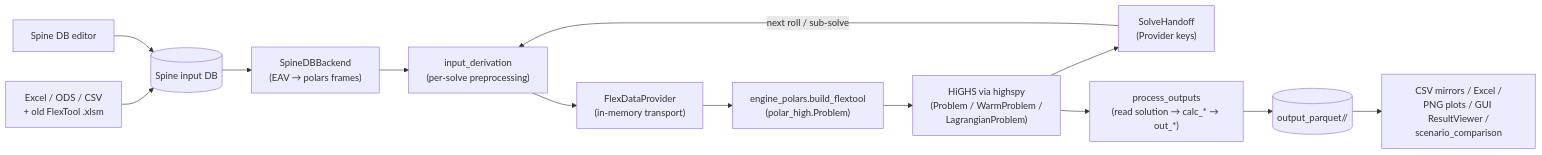
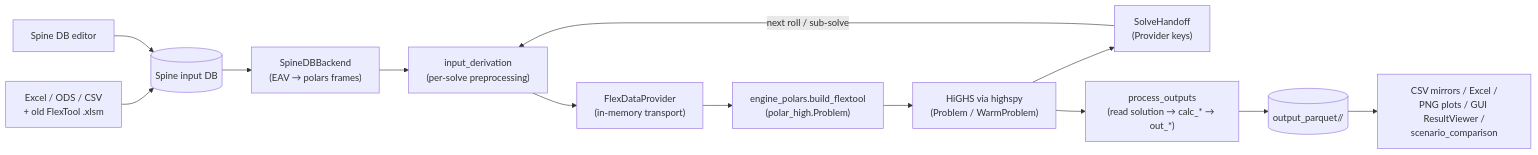
Before and after one commit to irena-flextool/flextool: the first of 2 diagrams in docs/dev/architecture.md, drawn with Mermaid. The commit also changed other lines of this file and 13 other files, not shown here.

````diff
--- a/docs/dev/architecture.md
+++ b/docs/dev/architecture.md
@@ -17,15 +17,15 @@
 ```mermaid
 flowchart LR
   excel["Excel / ODS / CSV<br/>+ old FlexTool .xlsm"] --> spdb
   manual["Spine DB editor"] --> spdb[("Spine input DB")]
   spdb --> backend["SpineDBBackend<br/>(EAV → polars frames)"]
   backend --> derive["input_derivation<br/>(per-solve preprocessing)"]
   derive --> provider["FlexDataProvider<br/>(in-memory transport)"]
   provider --> build["engine_polars.build_flextool<br/>(polar_high.Problem)"]
-  build --> solve["HiGHS via highspy<br/>(Problem / WarmProblem /<br/>LagrangianProblem)"]
+  build --> solve["HiGHS via highspy<br/>(Problem / WarmProblem)"]
   solve --> handoff["SolveHandoff<br/>(Provider keys)"]
   handoff -->|next roll / sub-solve| derive
   solve --> outputs["process_outputs<br/>(read solution → calc_* → out_*)"]
   outputs --> parquet[("output_parquet/<scenario>/")]
   parquet --> renderers["CSV mirrors / Excel /<br/>PNG plots / GUI ResultViewer /<br/>scenario_comparison"]
 ```
````
